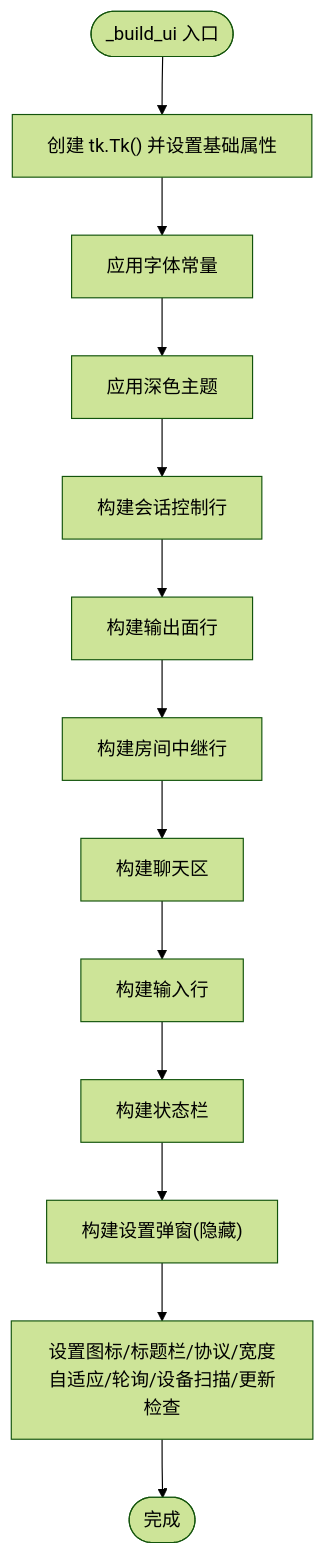
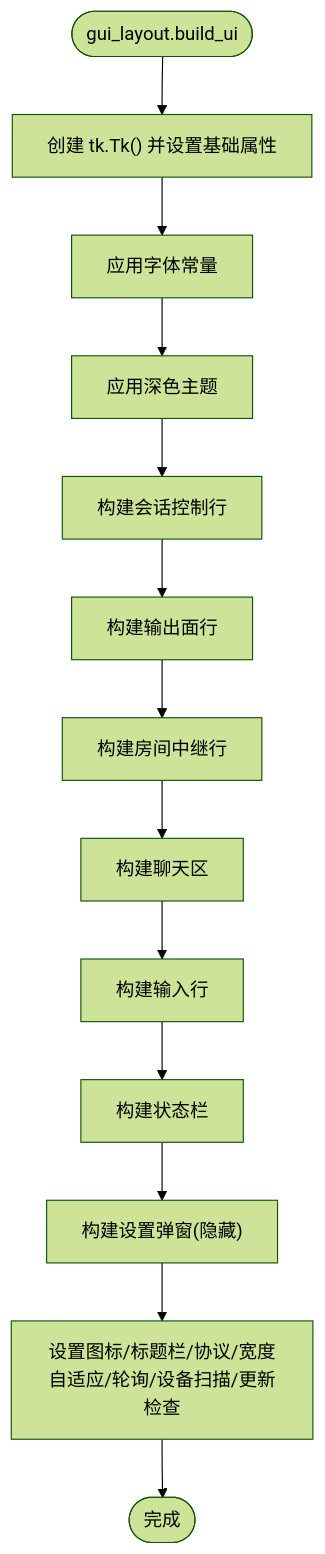
The fifth of 7 diagrams in .qoder/repowiki/zh/content/图形用户界面/Tkinter 界面架构.md (EMeowAGENT/vrchat-livetranslate), drawn with Mermaid (forest theme) before and after one commit. The commit also changed other lines of this file and 75 other files, not shown here.

````diff
--- a/.qoder/repowiki/zh/content/图形用户界面/Tkinter 界面架构.md
+++ b/.qoder/repowiki/zh/content/图形用户界面/Tkinter 界面架构.md
@@ -189,15 +250,15 @@
 ```mermaid
 flowchart TD
-Start(["_build_ui 入口"]) --> CreateRoot["创建 tk.Tk() 并设置基础属性"]
+Start(["gui_layout.build_ui"]) --> CreateRoot["创建 tk.Tk() 并设置基础属性"]
 CreateRoot --> ApplyFont["应用字体常量"]
 ApplyFont --> ApplyTheme["应用深色主题"]
 ApplyTheme --> BuildControls["构建会话控制行"]
 BuildControls --> BuildOutput["构建输出面行"]
 BuildOutput --> BuildRoom["构建房间中继行"]
 BuildRoom --> BuildChat["构建聊天区"]
 BuildChat --> BuildInput["构建输入行"]
 BuildInput --> BuildStatus["构建状态栏"]
 BuildStatus --> BuildSettings["构建设置弹窗(隐藏)"]
 BuildSettings --> Finalize["设置图标/标题栏/协议/宽度自适应/轮询/设备扫描/更新检查"]
 Finalize --> End(["完成"])
 ```
````
